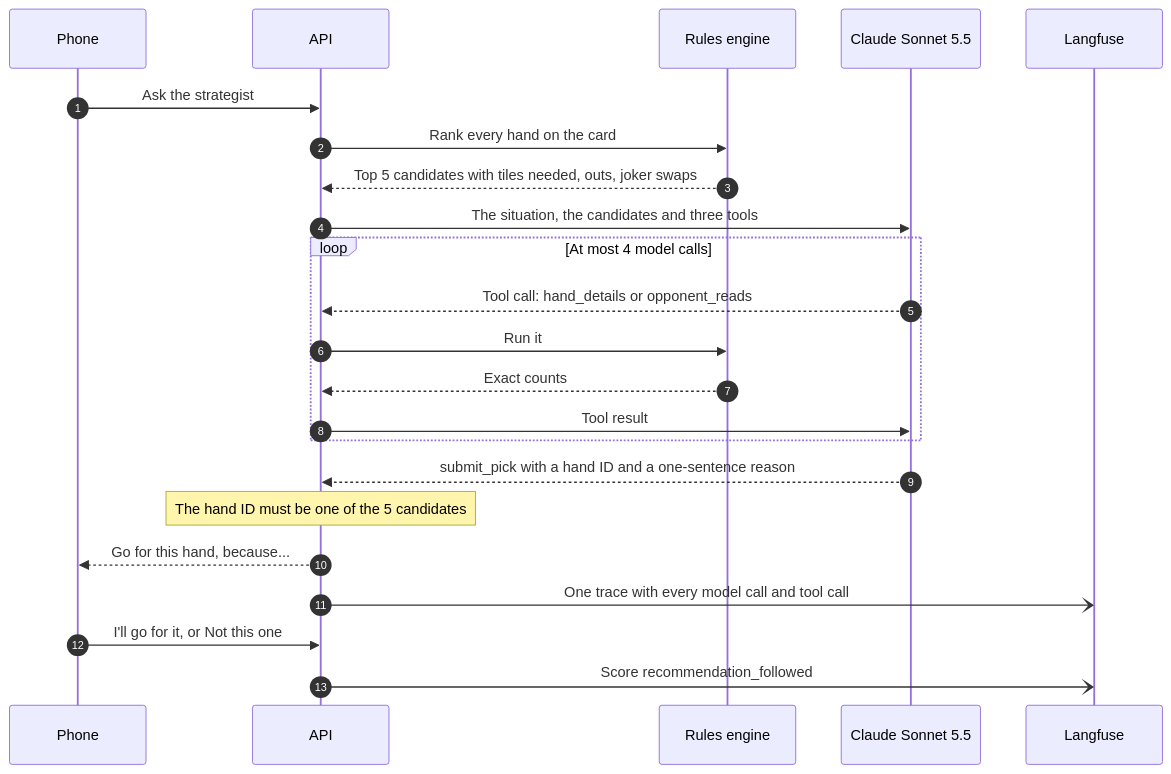
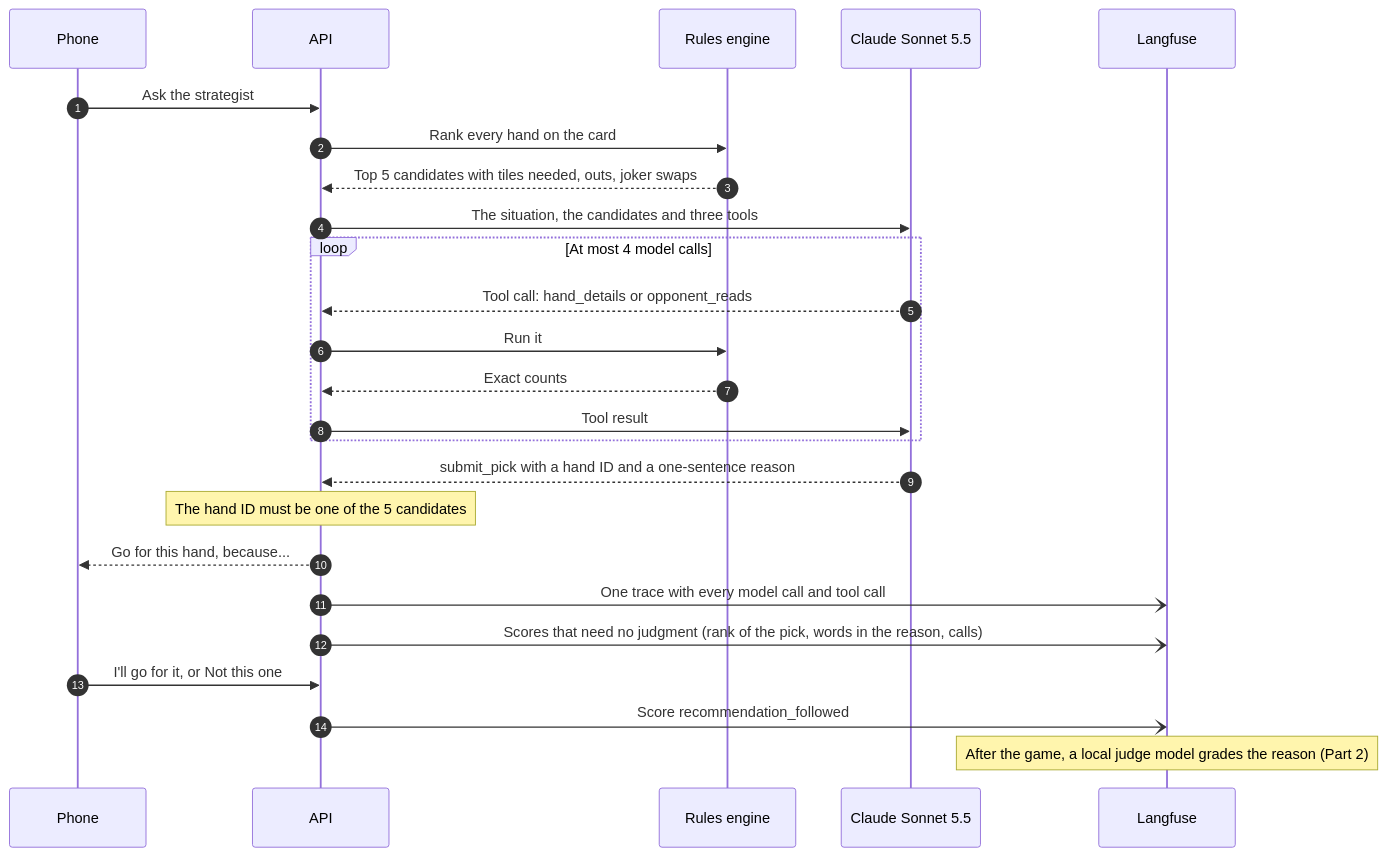
The second of 7 diagrams in Mahjong_Companion/README.md (npransk/NickPranskePublic), drawn with Mermaid before and after one commit. The commit also changed other lines of this file and 35 other files, not shown here.

````diff
--- a/Mahjong_Companion/README.md
+++ b/Mahjong_Companion/README.md
@@ -127,26 +130,28 @@
 ```mermaid
 sequenceDiagram
     autonumber
     participant P as Phone
     participant A as API
     participant E as Rules engine
     participant C as Claude Sonnet 5.5
     participant L as Langfuse
 
     P->>A: Ask the strategist
     A->>E: Rank every hand on the card
     E-->>A: Top 5 candidates with tiles needed, outs, joker swaps
     A->>C: The situation, the candidates and three tools
     loop At most 4 model calls
         C-->>A: Tool call: hand_details or opponent_reads
         A->>E: Run it
         E-->>A: Exact counts
         A->>C: Tool result
     end
     C-->>A: submit_pick with a hand ID and a one-sentence reason
     Note over A: The hand ID must be one of the 5 candidates
     A-->>P: Go for this hand, because...
     A-)L: One trace with every model call and tool call
+    A-)L: Scores that need no judgment (rank of the pick, words in the reason, calls)
     P->>A: I'll go for it, or Not this one
     A-)L: Score recommendation_followed
+    Note over L: After the game, a local judge model grades the reason (Part 2)
 ```
````
